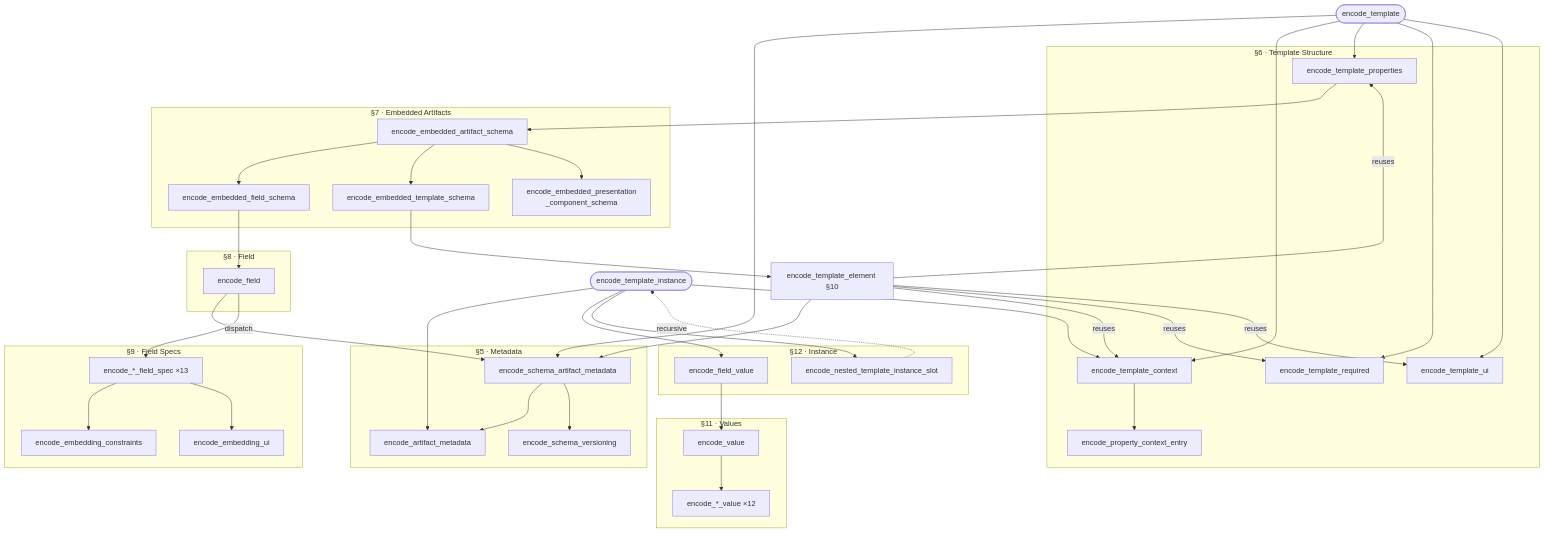
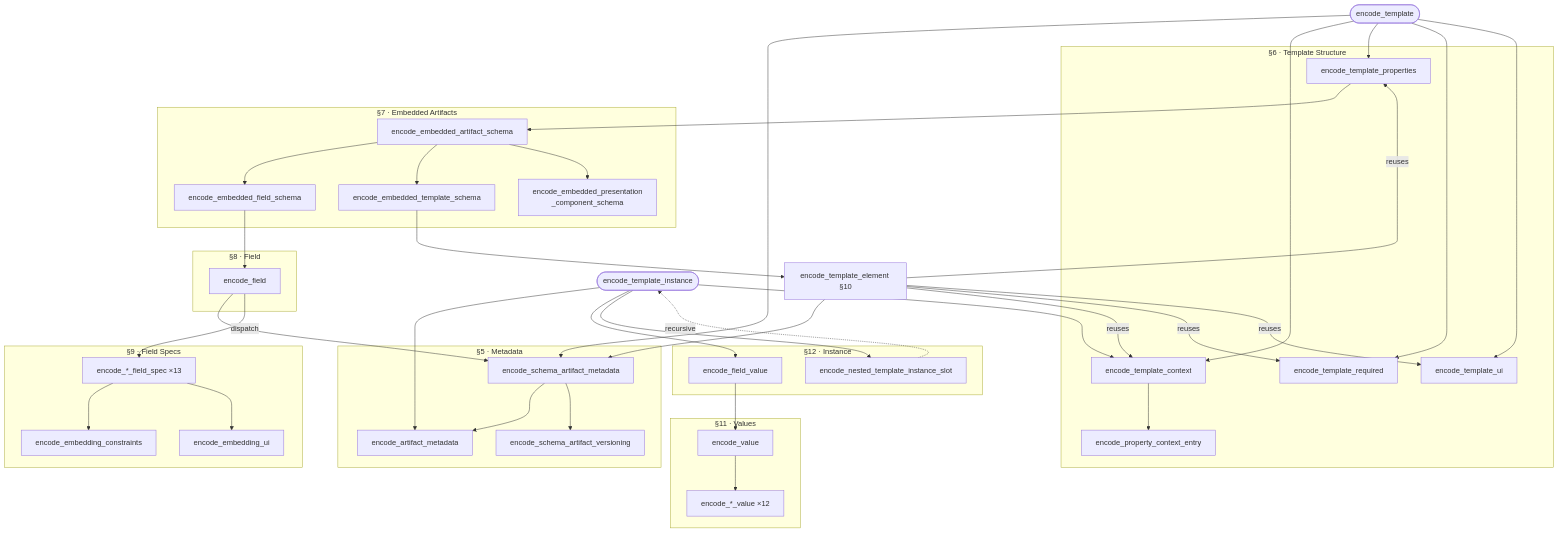
One commit to metadatacenter/cedar-structural-spec changed the diagram in spec/ctm-1.6.0-serialization.md. Above: the diagram before and after it, drawn with Mermaid. The commit also changed other lines of this file and 9 other files, not shown here.

````diff
--- a/spec/ctm-1.6.0-serialization.md
+++ b/spec/ctm-1.6.0-serialization.md
@@ -31,79 +31,79 @@
 ```mermaid
 flowchart TD
     ET(["encode_template"])
     ETI(["encode_template_instance"])
 
     subgraph S5["§5 · Metadata"]
         ESAM["encode_schema_artifact_metadata"]
         EAM["encode_artifact_metadata"]
-        ESV["encode_schema_versioning"]
+        ESV["encode_schema_artifact_versioning"]
         ESAM --> EAM
         ESAM --> ESV
     end
 
     subgraph S6["§6 · Template Structure"]
         ETC["encode_template_context"]
         ETP["encode_template_properties"]
         ETR["encode_template_required"]
         ETUI["encode_template_ui"]
         ETC --> EPCE["encode_property_context_entry"]
     end
 
     subgraph S7["§7 · Embedded Artifacts"]
         EEAS["encode_embedded_artifact_schema"]
         EEFS["encode_embedded_field_schema"]
         EETS["encode_embedded_template_schema"]
         EEPCS["encode_embedded_presentation\n_component_schema"]
         EEAS --> EEFS
         EEAS --> EETS
         EEAS --> EEPCS
     end
 
     subgraph S8["§8 · Field"]
         EF["encode_field"]
     end
 
     subgraph S9["§9 · Field Specs"]
         EFT["encode_*_field_spec ×13"]
         EEC["encode_embedding_constraints"]
         EEUI["encode_embedding_ui"]
         EFT --> EEC
         EFT --> EEUI
     end
 
     ETE["encode_template_element §10"]
 
     subgraph S11["§11 · Values"]
         EV["encode_value"]
         EVX["encode_*_value ×12"]
         EV --> EVX
     end
 
     subgraph S12["§12 · Instance"]
         EFV["encode_field_value"]
         ENTS["encode_nested_template_instance_slot"]
     end
 
     ET --> ESAM
     ET --> ETC
     ET --> ETP
     ET --> ETR
     ET --> ETUI
     ETP --> EEAS
     EEFS --> EF
     EETS --> ETE
     ETE -->|"reuses"| ETC
     ETE -->|"reuses"| ETP
     ETE -->|"reuses"| ETR
     ETE -->|"reuses"| ETUI
     ETE --> ESAM
     EF --> ESAM
     EF -->|"dispatch"| EFT
 
     ETI --> ETC
     ETI --> EAM
     ETI --> EFV
     ETI --> ENTS
     EFV --> EV
     ENTS -.->|"recursive"| ETI
 ```
````
